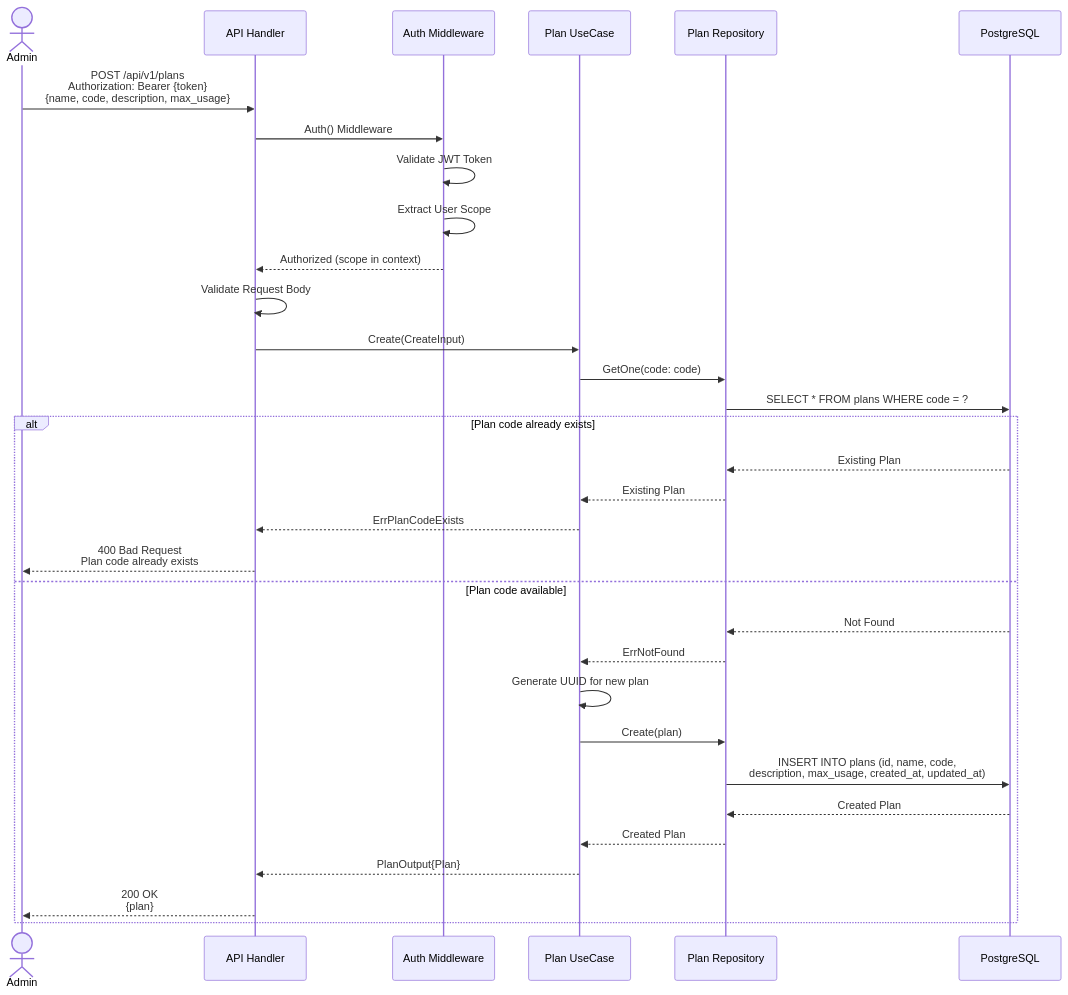
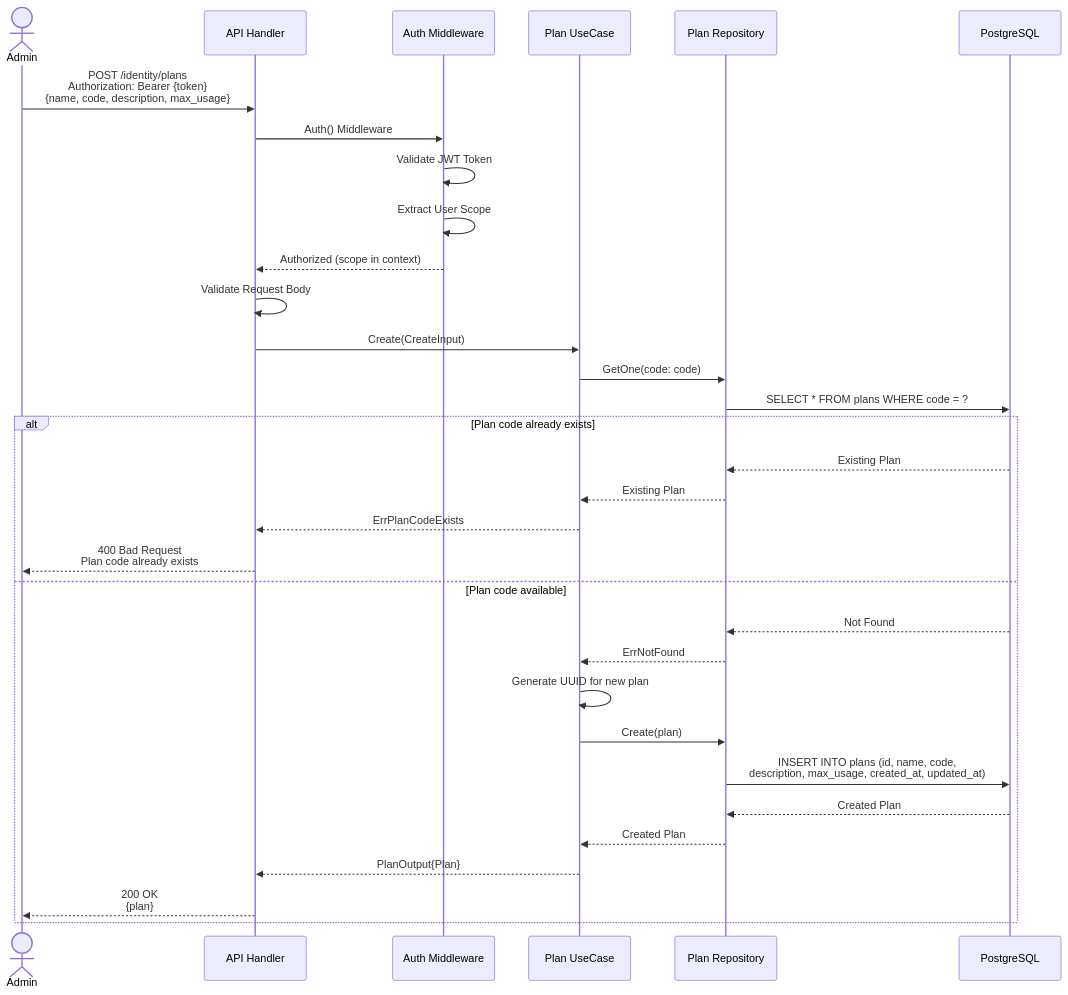
One commit to smap-hcmut/identity-srv changed the fifth of 12 diagrams in identity/document/api_01_sequence_diagrams.md. Above: the diagram before and after it, drawn with Mermaid. The commit also changed other lines of this file and 37 other files, not shown here.

Commit message:
feat(identity): refactor API endpoints to use /identity base path; update documentation and handlers for authentication, plans, and subscriptions; implement role-based access control with user roles and password management features

````diff
--- a/identity/document/api_01_sequence_diagrams.md
+++ b/identity/document/api_01_sequence_diagrams.md
@@ -300,39 +300,39 @@
 ```mermaid
 sequenceDiagram
     actor Admin
     participant API as API Handler
     participant MW as Auth Middleware
     participant PlanUC as Plan UseCase
     participant PlanRepo as Plan Repository
     participant DB as PostgreSQL
 
-    Admin->>API: POST /api/v1/plans<br/>Authorization: Bearer {token}<br/>{name, code, description, max_usage}
+    Admin->>API: POST /identity/plans<br/>Authorization: Bearer {token}<br/>{name, code, description, max_usage}
     API->>MW: Auth() Middleware
     MW->>MW: Validate JWT Token
     MW->>MW: Extract User Scope
     MW-->>API: Authorized (scope in context)
     
     API->>API: Validate Request Body
     API->>PlanUC: Create(CreateInput)
     
     PlanUC->>PlanRepo: GetOne(code: code)
     PlanRepo->>DB: SELECT * FROM plans WHERE code = ?
     
     alt Plan code already exists
         DB-->>PlanRepo: Existing Plan
         PlanRepo-->>PlanUC: Existing Plan
         PlanUC-->>API: ErrPlanCodeExists
         API-->>Admin: 400 Bad Request<br/>Plan code already exists
     else Plan code available
         DB-->>PlanRepo: Not Found
         PlanRepo-->>PlanUC: ErrNotFound
         
         PlanUC->>PlanUC: Generate UUID for new plan
         PlanUC->>PlanRepo: Create(plan)
         PlanRepo->>DB: INSERT INTO plans (id, name, code,<br/>description, max_usage, created_at, updated_at)
         DB-->>PlanRepo: Created Plan
         PlanRepo-->>PlanUC: Created Plan
         PlanUC-->>API: PlanOutput{Plan}
         API-->>Admin: 200 OK<br/>{plan}
     end
 ```
````
